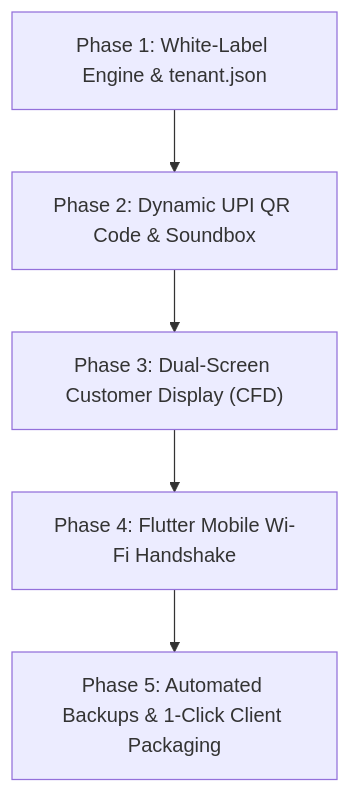
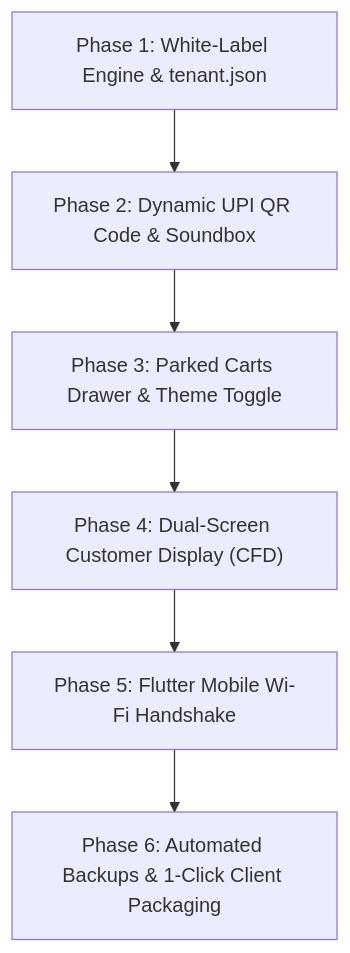
Before and after one commit to praveenbalajimindzmap/Hyper_POS_Desktop: the diagram in POS_SYSTEM_ARCHITECTURE_AND_ROADMAP.md, drawn with Mermaid. The commit also changed other lines of this file, not shown here.

Commit message:
Update roadmap: Add Parked Carts with customer badges, Light/Dark theme toggle, and Dynamic UPI QR payments

````diff
--- a/POS_SYSTEM_ARCHITECTURE_AND_ROADMAP.md
+++ b/POS_SYSTEM_ARCHITECTURE_AND_ROADMAP.md
@@ -192,7 +237,8 @@
 ```mermaid
 flowchart TD
     P1["Phase 1: White-Label Engine & tenant.json"] --> P2["Phase 2: Dynamic UPI QR Code & Soundbox"]
-    P2 --> P3["Phase 3: Dual-Screen Customer Display (CFD)"]
-    P3 --> P4["Phase 4: Flutter Mobile Wi-Fi Handshake"]
-    P4 --> P5["Phase 5: Automated Backups & 1-Click Client Packaging"]
+    P2 --> P3["Phase 3: Parked Carts Drawer & Theme Toggle"]
+    P3 --> P4["Phase 4: Dual-Screen Customer Display (CFD)"]
+    P4 --> P5["Phase 5: Flutter Mobile Wi-Fi Handshake"]
+    P5 --> P6["Phase 6: Automated Backups & 1-Click Client Packaging"]
 ```
````
